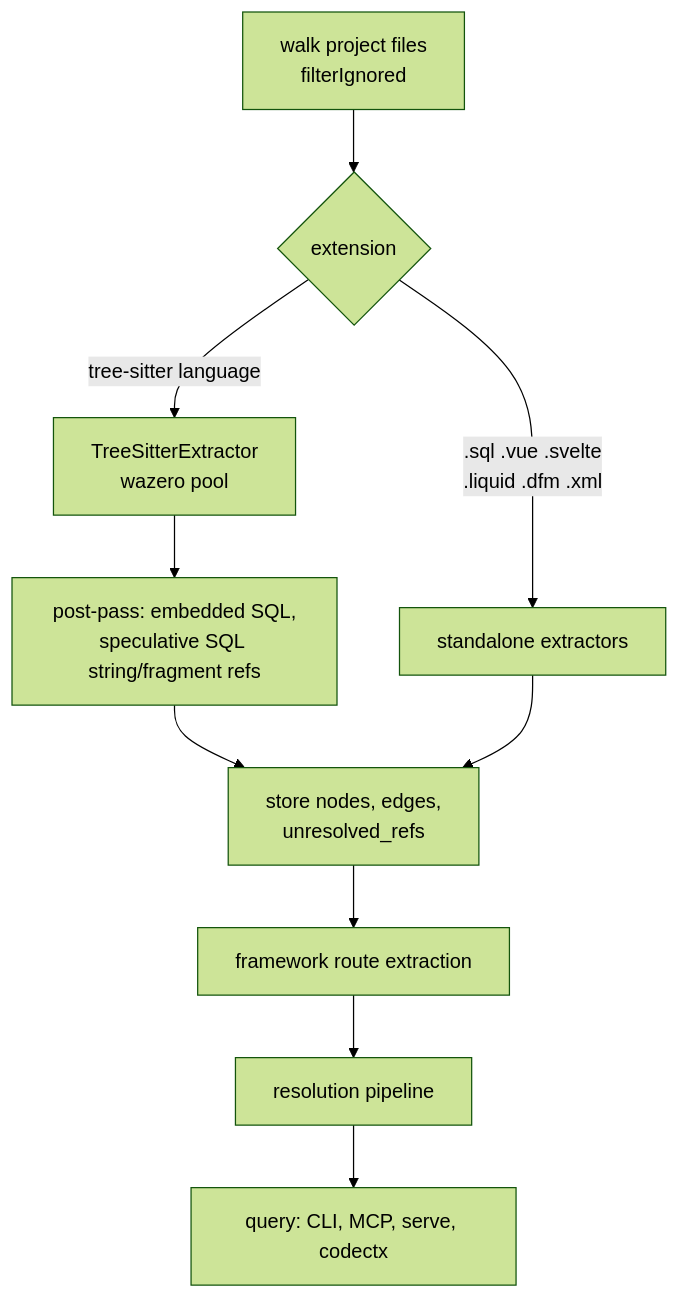
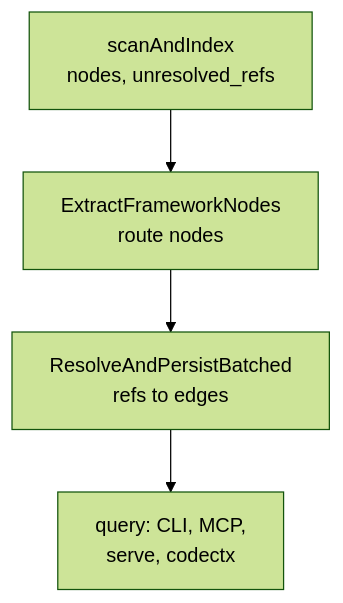
One commit to damusix/atomic-claude changed the first of 10 diagrams in docs/wiki/code-intel.md. Above: the diagram before and after it, drawn with Mermaid (forest theme). The commit also changed other lines of this file and 19 other files, not shown here.

````diff
--- a/docs/wiki/code-intel.md
+++ b/docs/wiki/code-intel.md
@@ -21,12 +21,7 @@
 ```mermaid
 flowchart TD
-    W["walk project files<br/>filterIgnored"] --> E{"extension"}
-    E -->|"tree-sitter language"| TS["TreeSitterExtractor<br/>wazero pool"]
-    E -->|".sql .vue .svelte<br/>.liquid .dfm .xml"| SA["standalone extractors"]
-    TS --> PP["post-pass: embedded SQL,<br/>speculative SQL string/fragment refs"]
-    PP --> ST
-    SA --> ST["store nodes, edges,<br/>unresolved_refs"]
-    ST --> FW["framework route extraction"]
-    FW --> RES["resolution pipeline"]
-    RES --> Q["query: CLI, MCP, serve, codectx"]
+    %% source: atomic/internal/codeintel/cli/code.go runIndex, engine/engine.go
+    S["scanAndIndex<br/>nodes, unresolved_refs"] --> F["ExtractFrameworkNodes<br/>route nodes"]
+    F --> R["ResolveAndPersistBatched<br/>refs to edges"]
+    R --> Q["query: CLI, MCP,<br/>serve, codectx"]
 ```
````
